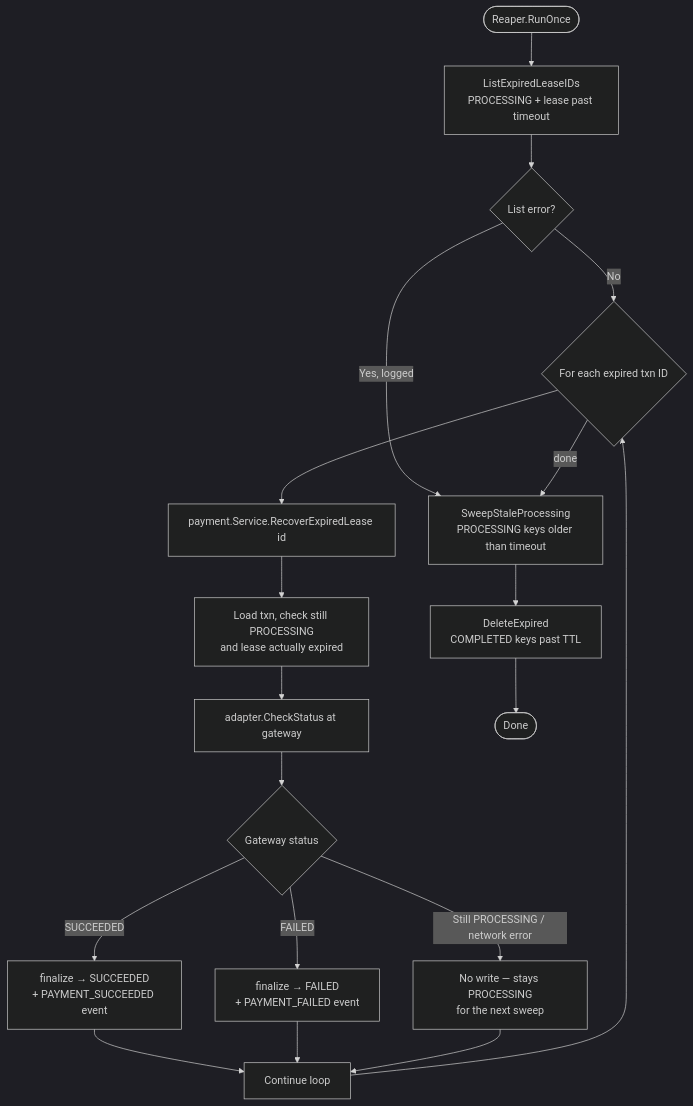
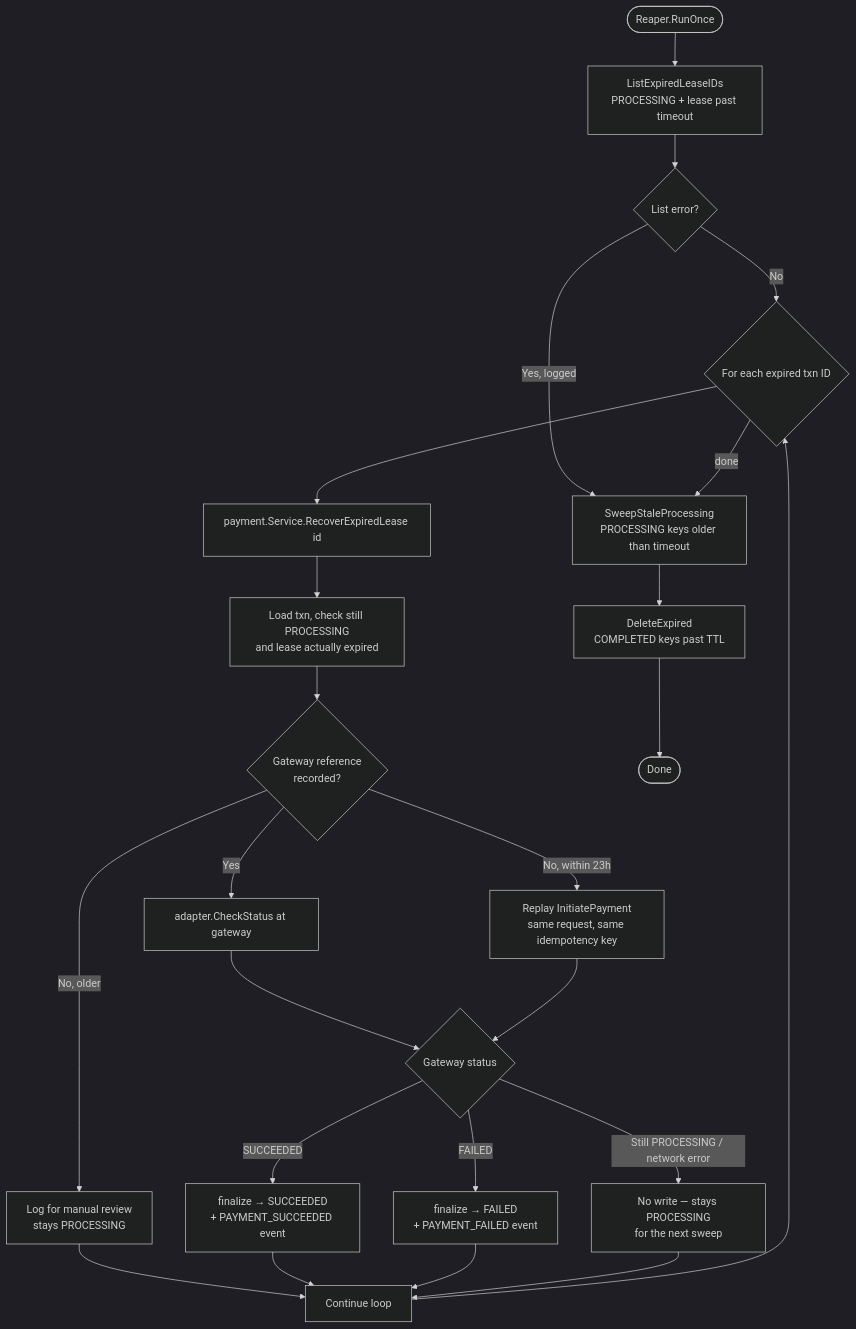
The tenth of 11 diagrams in README.md (blue-samarth/payment-service), drawn with Mermaid (dark theme) before and after one commit. The commit also changed other lines of this file and 16 other files, not shown here.

````diff
--- a/README.md
+++ b/README.md
@@ -584,24 +584,29 @@
 ```mermaid
 flowchart TD
     Start([Reaper.RunOnce]) --> List[ListExpiredLeaseIDs<br/>PROCESSING + lease past timeout]
     List --> ListErr{List error?}
     ListErr -->|Yes, logged| SweepIdem
     ListErr -->|No| Loop{For each expired txn ID}
 
     Loop --> Recover[payment.Service.RecoverExpiredLease id]
     Recover --> LoadTxn[Load txn, check still PROCESSING<br/>and lease actually expired]
-    LoadTxn --> CheckStatus[adapter.CheckStatus at gateway]
+    LoadTxn --> HasRef{Gateway reference<br/>recorded?}
+    HasRef -->|Yes| CheckStatus[adapter.CheckStatus at gateway]
+    HasRef -->|No, within 23h| Replay[Replay InitiatePayment<br/>same request, same idempotency key]
+    HasRef -->|No, older| Manual[Log for manual review<br/>stays PROCESSING]
     CheckStatus --> Outcome{Gateway status}
+    Replay --> Outcome
+    Manual --> NextTxn
 
     Outcome -->|SUCCEEDED| FinalizeOK[finalize → SUCCEEDED<br/>+ PAYMENT_SUCCEEDED event]
     Outcome -->|FAILED| FinalizeFail[finalize → FAILED<br/>+ PAYMENT_FAILED event]
     Outcome -->|Still PROCESSING / network error| LeaveAlone[No write — stays PROCESSING<br/>for the next sweep]
 
     FinalizeOK --> NextTxn[Continue loop]
     FinalizeFail --> NextTxn
     LeaveAlone --> NextTxn
     NextTxn --> Loop
     Loop -->|done| SweepIdem[SweepStaleProcessing<br/>PROCESSING keys older than timeout]
     SweepIdem --> DeleteExp[DeleteExpired<br/>COMPLETED keys past TTL]
     DeleteExp --> End([Done])
 ```
````
